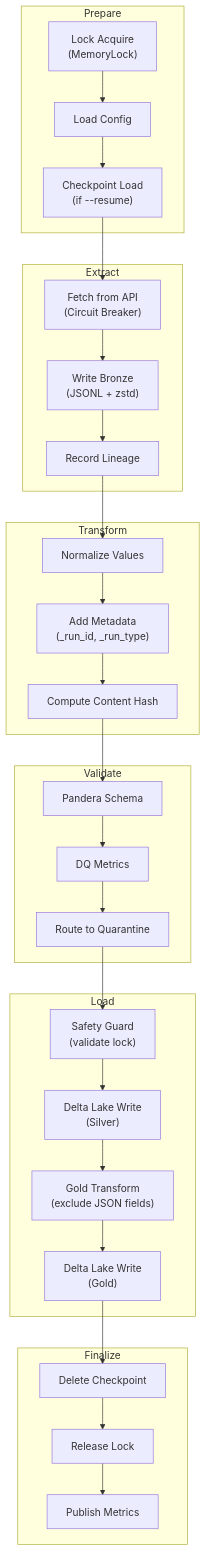
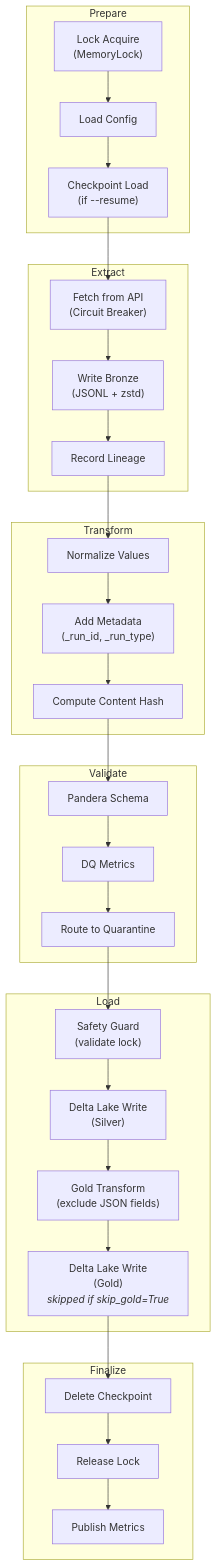
Before and after one commit to SatoryKono/BioactivityDataAcquisition: the second of 3 diagrams in docs/02-architecture/data-flow.md, drawn with Mermaid. The commit also changed 5 other files, not shown here.

First line of the commit message:
Support per-phase cached Bronze; doc skip_gold

````diff
--- a/docs/02-architecture/data-flow.md
+++ b/docs/02-architecture/data-flow.md
@@ -103,46 +103,46 @@
 ```mermaid
 flowchart TB
   subgraph Prepare
     A1["Lock Acquire<br/>(MemoryLock)"]
     A2["Load Config"]
     A3["Checkpoint Load<br/>(if --resume)"]
   end
 
   subgraph Extract
     B1["Fetch from API<br/>(Circuit Breaker)"]
     B2["Write Bronze<br/>(JSONL + zstd)"]
     B3["Record Lineage"]
   end
 
   subgraph Transform
     C1["Normalize Values"]
     C2["Add Metadata<br/>(_run_id, _run_type)"]
     C3["Compute Content Hash"]
   end
 
   subgraph Validate
     D1["Pandera Schema"]
     D2["DQ Metrics"]
     D3["Route to Quarantine"]
   end
 
   subgraph Load
     E1["Safety Guard<br/>(validate lock)"]
     E2["Delta Lake Write<br/>(Silver)"]
     E3["Gold Transform<br/>(exclude JSON fields)"]
-    E4["Delta Lake Write<br/>(Gold)"]
+    E4["Delta Lake Write<br/>(Gold)<br/><i>skipped if skip_gold=True</i>"]
   end
 
   subgraph Finalize
     F1["Delete Checkpoint"]
     F2["Release Lock"]
     F3["Publish Metrics"]
   end
 
   A1 --> A2 --> A3 --> B1
   B1 --> B2 --> B3 --> C1
   C1 --> C2 --> C3 --> D1
   D1 --> D2 --> D3 --> E1
   E1 --> E2 --> E3 --> E4 --> F1
   F1 --> F2 --> F3
 ```
````
